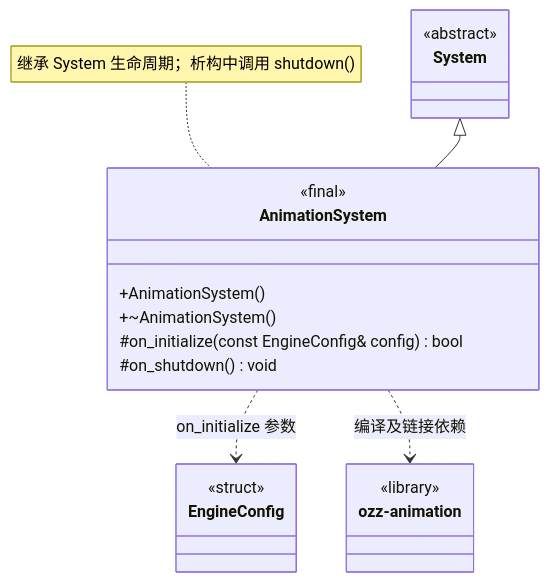
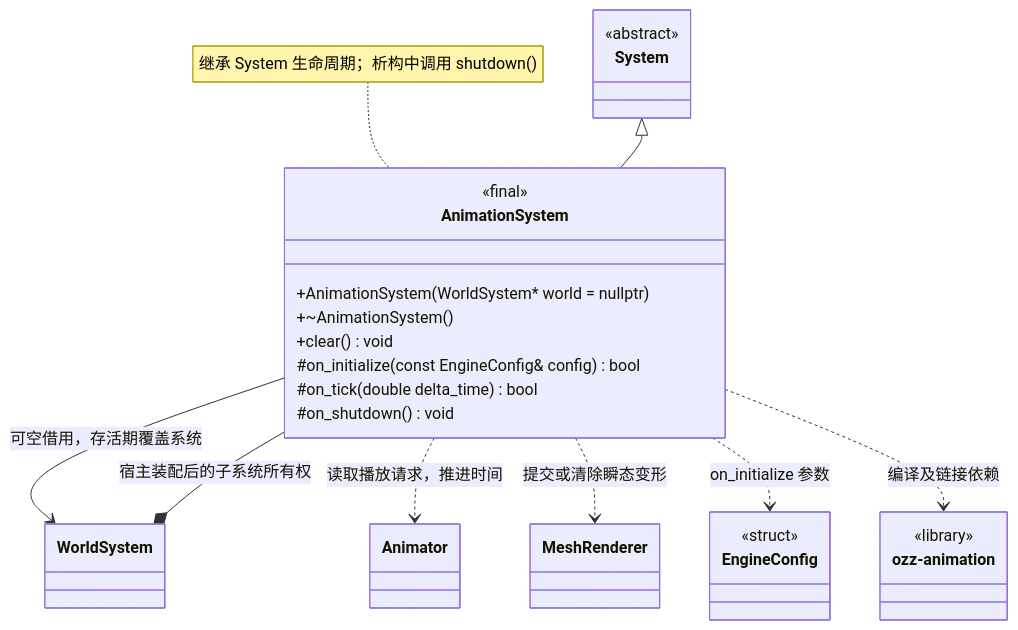
Before and after one commit to lcals/Engine: the diagram in docs/runtime/class-diagrams/animation-system.md, drawn with Mermaid. The commit also changed other lines of this file and 213 other files, not shown here.

````diff
--- a/docs/runtime/class-diagrams/animation-system.md
+++ b/docs/runtime/class-diagrams/animation-system.md
@@ -7,24 +7,33 @@
 ```mermaid
 classDiagram
     direction TB
     class AnimationSystem {
         <<final>>
-        +AnimationSystem()
+        +AnimationSystem(WorldSystem* world = nullptr)
         +~AnimationSystem()
+        +clear() void
         #on_initialize(const EngineConfig& config) bool
+        #on_tick(double delta_time) bool
         #on_shutdown() void
     }
     class System {
         <<abstract>>
     }
     class EngineConfig {
         <<struct>>
     }
     class ozz["ozz-animation"] {
         <<library>>
     }
+    class WorldSystem
+    class Animator
+    class MeshRenderer
     System <|-- AnimationSystem
+    WorldSystem *-- AnimationSystem : 宿主装配后的子系统所有权
+    AnimationSystem --> WorldSystem : 可空借用，存活期覆盖系统
+    AnimationSystem ..> Animator : 读取播放请求，推进时间
+    AnimationSystem ..> MeshRenderer : 提交或清除瞬态变形
     AnimationSystem ..> EngineConfig : on_initialize 参数
     AnimationSystem ..> ozz : 编译及链接依赖
     note for AnimationSystem "继承 System 生命周期；析构中调用 shutdown()"
 ```
````
